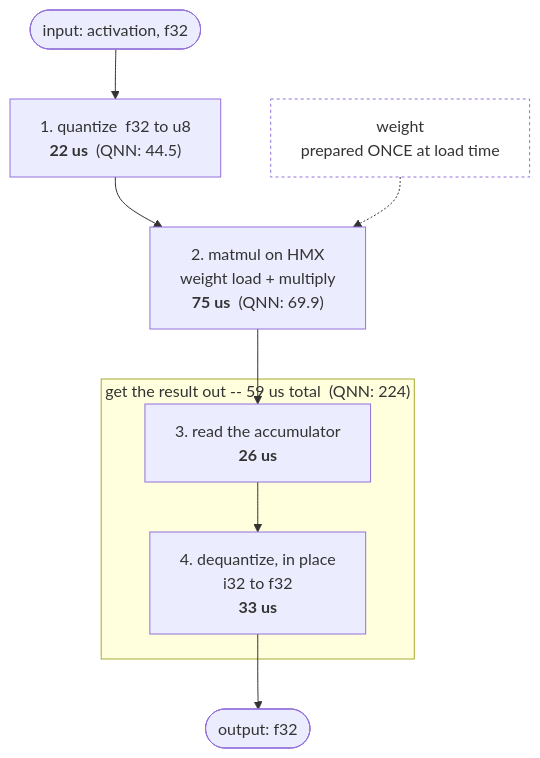
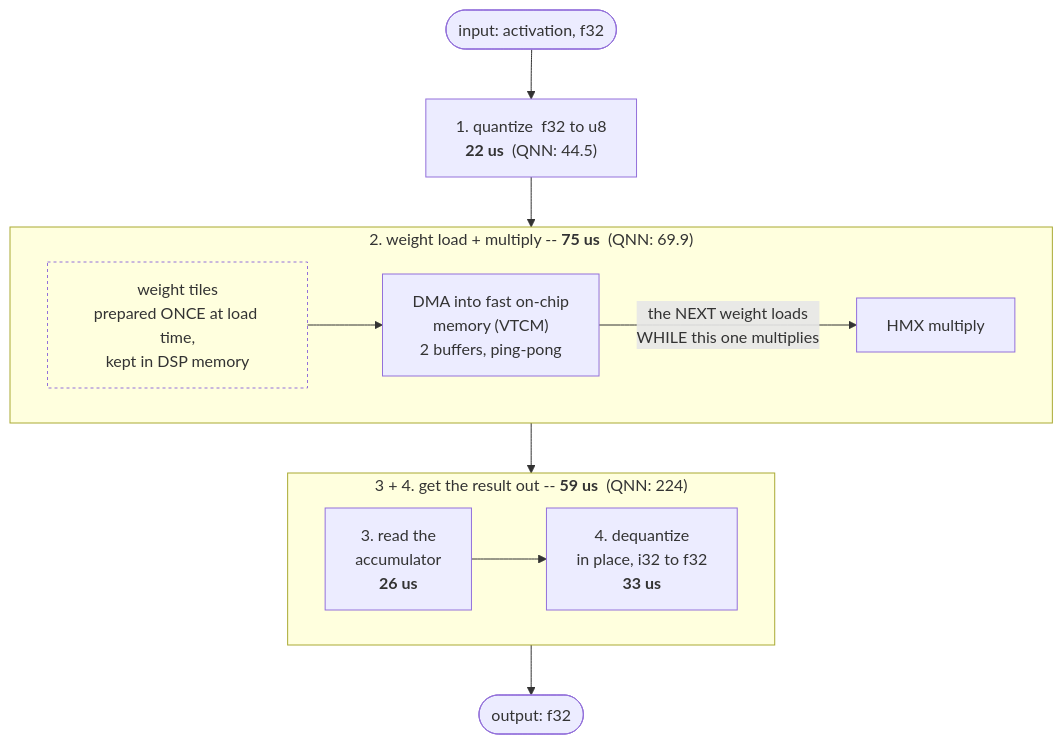
One commit to Seunghui98/nntrainer changed the first of 3 diagrams in docs/htp_attention/34_fc_measured.md. Above: the diagram before and after it, drawn with Mermaid. The commit also changed other lines of this file, not shown here.

First line of the commit message:
[doc] Put the DMA pipelining back into the FC flow figures

````diff
--- a/docs/htp_attention/34_fc_measured.md
+++ b/docs/htp_attention/34_fc_measured.md
@@ -88,22 +88,29 @@
 ```mermaid
 flowchart TB
   IN(["input: activation, f32"])
-  W["weight<br/>prepared ONCE at load time"]
 
   Q["1. quantize&nbsp;&nbsp;f32 to u8<br/><b>22 us</b>&nbsp;&nbsp;(QNN: 44.5)"]
-  MM["2. matmul on HMX<br/>weight load + multiply<br/><b>75 us</b>&nbsp;&nbsp;(QNN: 69.9)"]
 
-  subgraph OUTP["get the result out -- 59 us total&nbsp;&nbsp;(QNN: 224)"]
-    RD["3. read the accumulator<br/><b>26 us</b>"]
-    DQ["4. dequantize, in place<br/>i32 to f32<br/><b>33 us</b>"]
+  subgraph MMS["2. weight load + multiply -- <b>75 us</b>&nbsp;&nbsp;(QNN: 69.9)"]
+    direction LR
+    W["weight tiles<br/>prepared ONCE at load time,<br/>kept in DSP memory"]
+    DMA["DMA into fast on-chip<br/>memory (VTCM)<br/>2 buffers, ping-pong"]
+    MM["HMX multiply"]
+    W --> DMA
+    DMA -->|"the NEXT weight loads<br/>WHILE this one multiplies"| MM
+  end
+
+  subgraph OUTP["3 + 4. get the result out -- <b>59 us</b>&nbsp;&nbsp;(QNN: 224)"]
+    direction LR
+    RD["3. read the<br/>accumulator<br/><b>26 us</b>"]
+    DQ["4. dequantize<br/>in place, i32 to f32<br/><b>33 us</b>"]
+    RD --> DQ
   end
 
   OUT(["output: f32"])
 
-  IN --> Q --> MM
-  W -.-> MM
-  MM --> RD --> DQ --> OUT
+  IN --> Q --> MMS --> OUTP --> OUT
 
   classDef once fill:none,stroke-dasharray:3 3;
   class W once;
 ```
````
